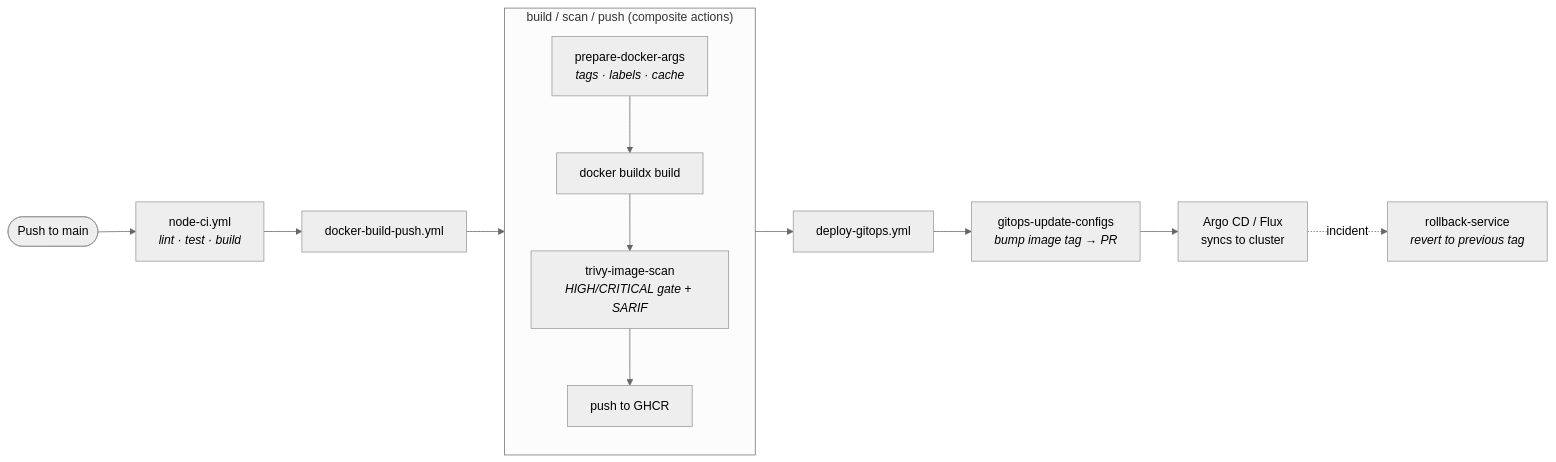
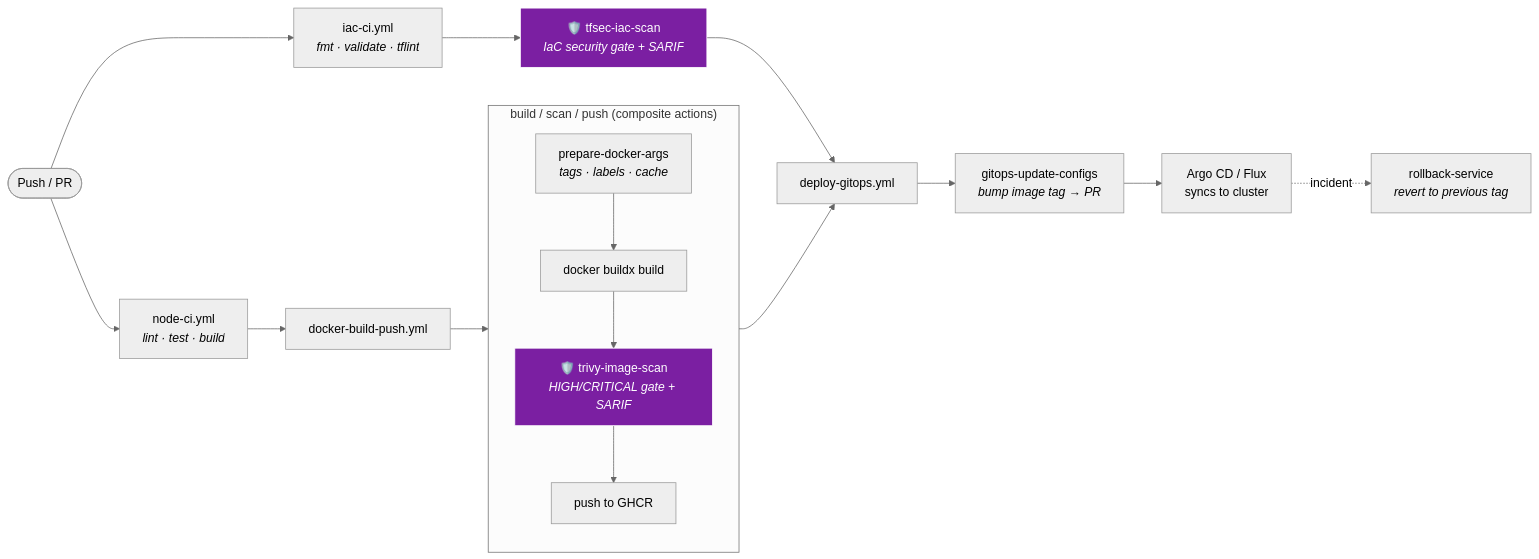
One commit to Muhammad-Imad/reusable-github-actions changed the diagram in README.md. Above: the diagram before and after it, drawn with Mermaid (neutral theme). The commit also changed other lines of this file and 2 other files, not shown here.

Commit message:
Add tfsec IaC security gate (iac-ci workflow + composite action), update diagram

````diff
--- a/README.md
+++ b/README.md
@@ -15,16 +15,24 @@
 ```mermaid
 flowchart LR
-    push([Push to main]) --> ci["node-ci.yml<br/><i>lint · test · build</i>"]
+    push([Push / PR]) --> ci["node-ci.yml<br/><i>lint · test · build</i>"]
+    push --> iac["iac-ci.yml<br/><i>fmt · validate · tflint</i>"]
+
+    iac --> sec1["🛡️ tfsec-iac-scan<br/><i>IaC security gate + SARIF</i>"]:::sec
     ci --> build["docker-build-push.yml"]
+
     subgraph build_steps["build / scan / push (composite actions)"]
         direction TB
         a1["prepare-docker-args<br/><i>tags · labels · cache</i>"] --> a2["docker buildx build"]
-        a2 --> a3["trivy-image-scan<br/><i>HIGH/CRITICAL gate + SARIF</i>"]
-        a3 --> a4["push to GHCR"]
+        a2 --> sec2["🛡️ trivy-image-scan<br/><i>HIGH/CRITICAL gate + SARIF</i>"]:::sec
+        sec2 --> a4["push to GHCR"]
     end
     build --> build_steps
+
+    sec1 --> deploy
     build_steps --> deploy["deploy-gitops.yml"]
     deploy --> a5["gitops-update-configs<br/><i>bump image tag → PR</i>"]
     a5 --> argo["Argo CD / Flux<br/>syncs to cluster"]
     argo -. "incident" .-> rb["rollback-service<br/><i>revert to previous tag</i>"]
+
+    classDef sec fill:#7B1FA2,stroke:#fff,stroke-width:1px,color:#fff;
 ```
````
